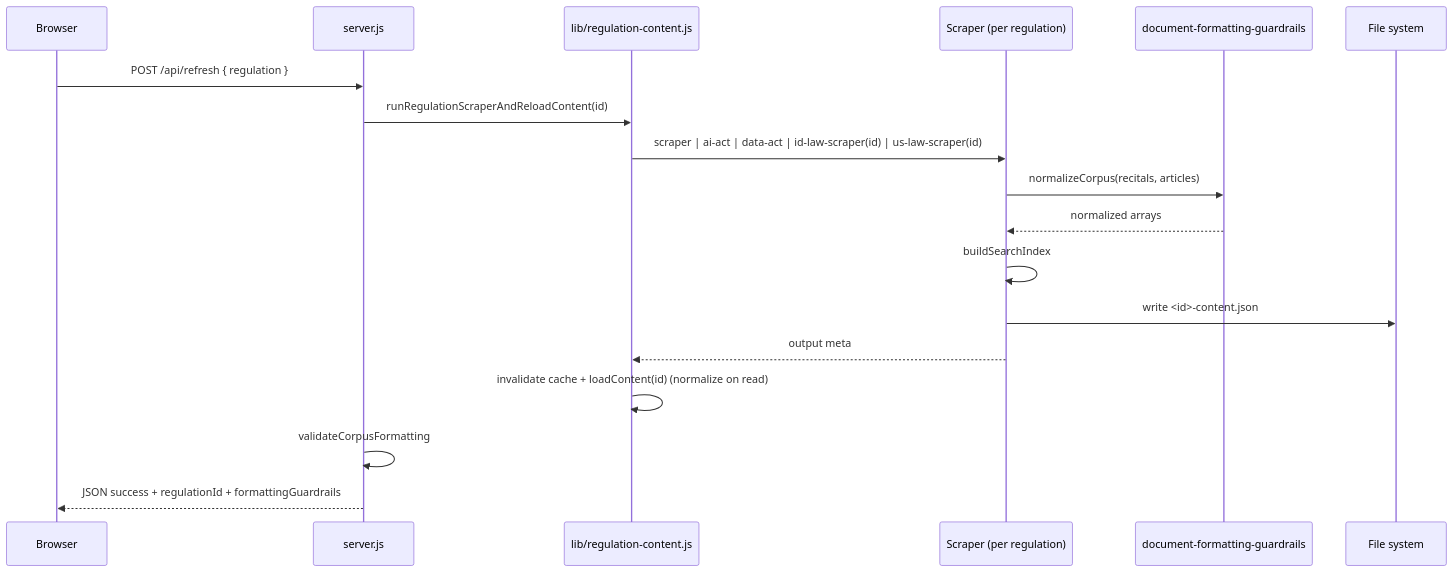
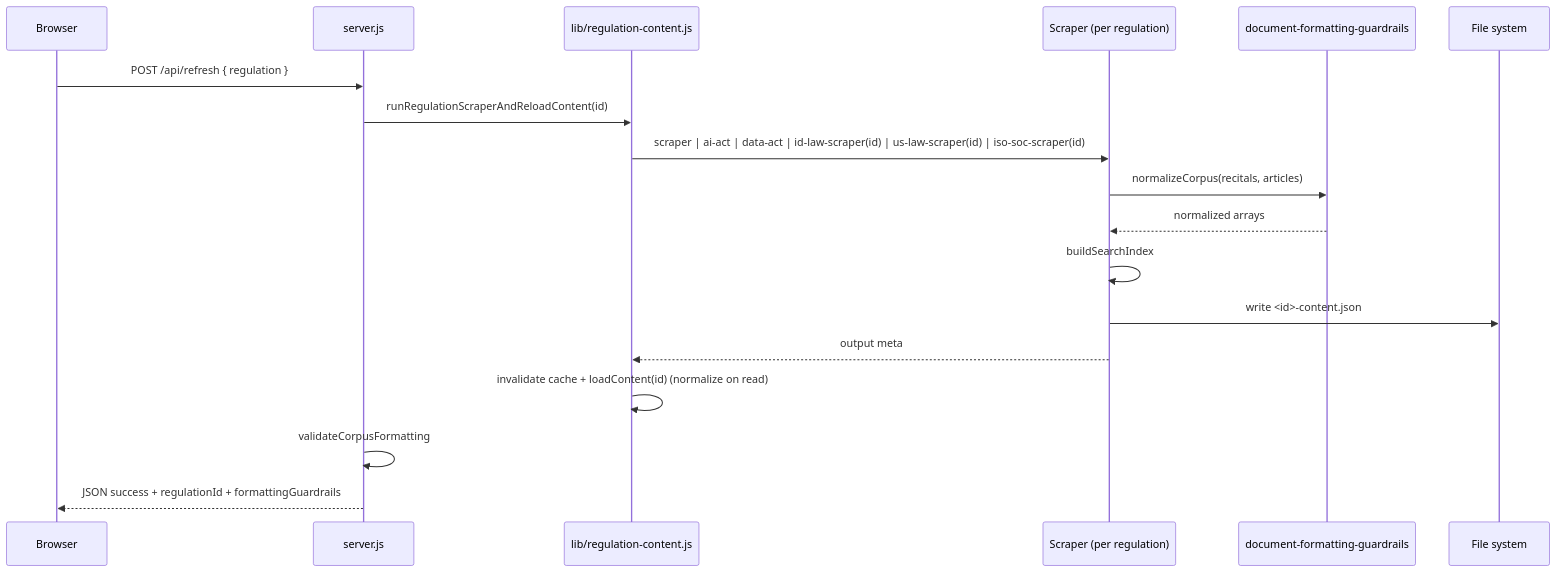
Before and after one commit to RifqiMT/gdpr-qa-platform: the fourth of 8 diagrams in docs/ARCHITECTURE.md, drawn with Mermaid. The commit also changed other lines of this file and 55 other files, not shown here.

````diff
--- a/docs/ARCHITECTURE.md
+++ b/docs/ARCHITECTURE.md
@@ -162,21 +189,21 @@
 ```mermaid
 sequenceDiagram
   participant UI as Browser
   participant S as server.js
   participant R as lib/regulation-content.js
   participant SCR as Scraper (per regulation)
   participant DF as document-formatting-guardrails
   participant FS as File system
 
   UI->>S: POST /api/refresh { regulation }
   S->>R: runRegulationScraperAndReloadContent(id)
-  R->>SCR: scraper | ai-act | data-act | id-law-scraper(id) | us-law-scraper(id)
+  R->>SCR: scraper | ai-act | data-act | id-law-scraper(id) | us-law-scraper(id) | iso-soc-scraper(id)
   SCR->>DF: normalizeCorpus(recitals, articles)
   DF-->>SCR: normalized arrays
   SCR->>SCR: buildSearchIndex
   SCR->>FS: write <id>-content.json
   SCR-->>R: output meta
   R->>R: invalidate cache + loadContent(id) (normalize on read)
   S->>S: validateCorpusFormatting
   S-->>UI: JSON success + regulationId + formattingGuardrails
 ```
````
